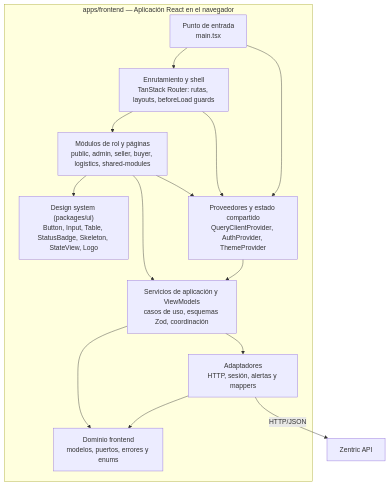
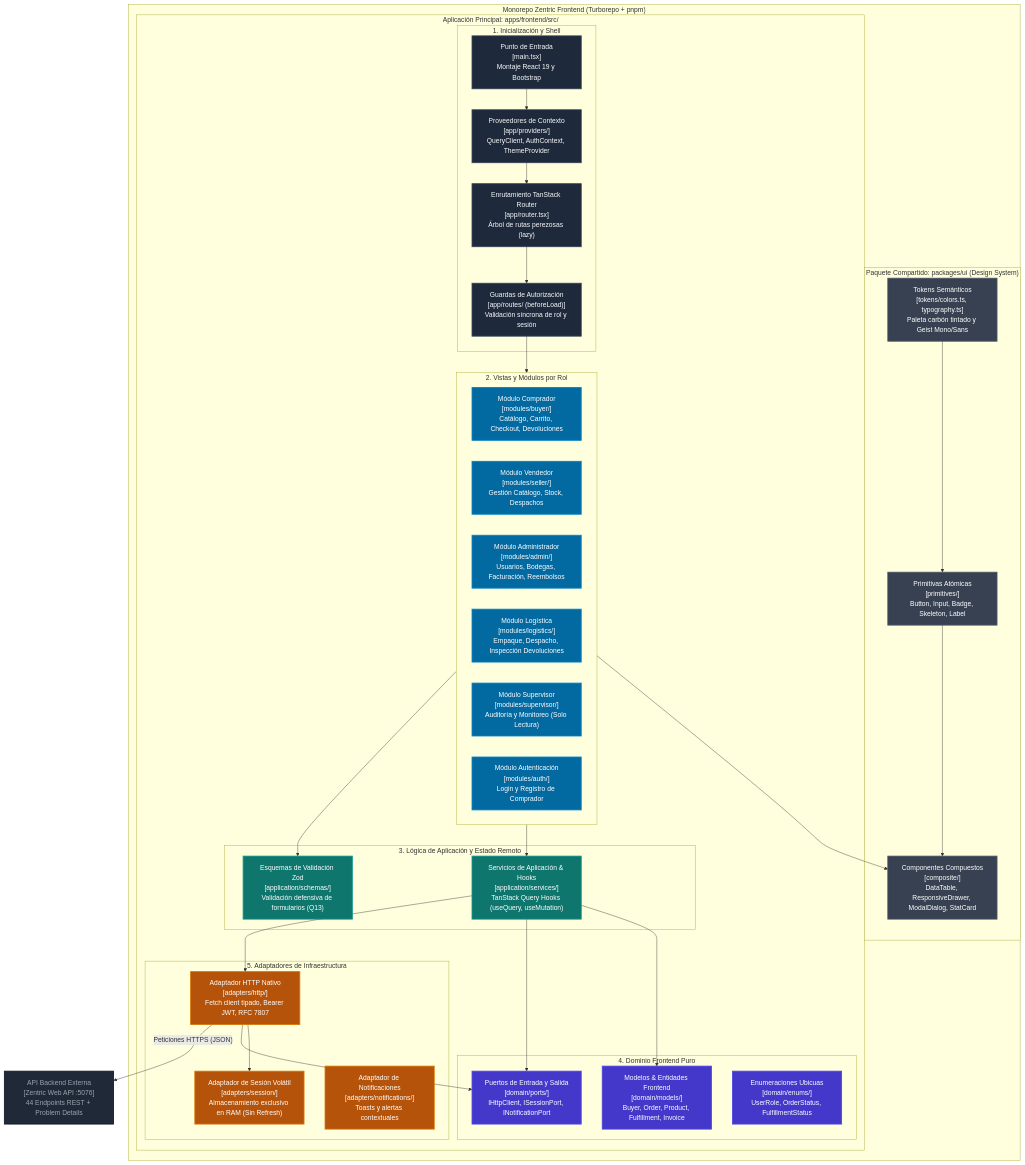
Before and after one commit to D-MachadoDev/Zentric: the first of 4 diagrams in frontendSDD/C4-3-Componentes.md, drawn with Mermaid. The commit also changed other lines of this file, not shown here.

Commit message:
docs(frontendSDD): elevate C4 Level 3 Component architecture

````diff
--- a/frontendSDD/C4-3-Componentes.md
+++ b/frontendSDD/C4-3-Componentes.md
@@ -21,26 +19,86 @@
 ```mermaid
 flowchart TB
-  subgraph app["apps/frontend — Aplicación React en el navegador"]
-    entry["Punto de entrada<br/>main.tsx"]
-    router["Enrutamiento y shell<br/>TanStack Router: rutas, layouts, beforeLoad guards"]
-    providers["Proveedores y estado compartido<br/>QueryClientProvider, AuthProvider, ThemeProvider"]
-    modules["Módulos de rol y páginas<br/>public, admin, seller, buyer, logistics, shared-modules"]
-    ui["Design system (packages/ui)<br/>Button, Input, Table, StatusBadge, Skeleton, StateView, Logo"]
-    services["Servicios de aplicación y ViewModels<br/>casos de uso, esquemas Zod, coordinación"]
-    domain["Dominio frontend<br/>modelos, puertos, errores y enums"]
-    adapters["Adaptadores<br/>HTTP, sesión, alertas y mappers"]
-    entry --> router
-    entry --> providers
-    router --> modules
-    router --> providers
-    modules --> ui
-    modules --> services
-    modules --> providers
-    providers --> services
-    services --> domain
-    services --> adapters
-    adapters --> domain
+  subgraph monorepo["Monorepo Zentric Frontend (Turborepo + pnpm)"]
+
+    subgraph pkgUI["Paquete Compartido: packages/ui (Design System)"]
+      tokens["Tokens Semánticos<br/>[tokens/colors.ts, typography.ts]<br/>Paleta carbón tintado y Geist Mono/Sans"]
+      primitives["Primitivas Atómicas<br/>[primitives/]<br/>Button, Input, Badge, Skeleton, Label"]
+      composite["Componentes Compuestos<br/>[composite/]<br/>DataTable, ResponsiveDrawer, ModalDialog, StatCard"]
+      tokens --> primitives
+      primitives --> composite
+    end
+
+    subgraph appFrontend["Aplicación Principal: apps/frontend/src/"]
+
+      subgraph entryLayer["1. Inicialización y Shell"]
+        entry["Punto de Entrada<br/>[main.tsx]<br/>Montaje React 19 y Bootstrap"]
+        router["Enrutamiento TanStack Router<br/>[app/router.tsx]<br/>Árbol de rutas perezosas (lazy)"]
+        guards["Guardas de Autorización<br/>[app/routes/ (beforeLoad)]<br/>Validación síncrona de rol y sesión"]
+        providers["Proveedores de Contexto<br/>[app/providers/]<br/>QueryClient, AuthContext, ThemeProvider"]
+        entry --> providers
+        providers --> router
+        router --> guards
+      end
+
+      subgraph modulesLayer["2. Vistas y Módulos por Rol"]
+        modBuyer["Módulo Comprador<br/>[modules/buyer/]<br/>Catálogo, Carrito, Checkout, Devoluciones"]
+        modSeller["Módulo Vendedor<br/>[modules/seller/]<br/>Gestión Catálogo, Stock, Despachos"]
+        modAdmin["Módulo Administrador<br/>[modules/admin/]<br/>Usuarios, Bodegas, Facturación, Reembolsos"]
+        modLogistics["Módulo Logística<br/>[modules/logistics/]<br/>Empaque, Despacho, Inspección Devoluciones"]
+        modSupervisor["Módulo Supervisor<br/>[modules/supervisor/]<br/>Auditoría y Monitoreo (Solo Lectura)"]
+        modAuth["Módulo Autenticación<br/>[modules/auth/]<br/>Login y Registro de Comprador"]
+      end
+
+      subgraph applicationLayer["3. Lógica de Aplicación y Estado Remoto"]
+        appServices["Servicios de Aplicación & Hooks<br/>[application/services/]<br/>TanStack Query Hooks (useQuery, useMutation)"]
+        zodSchemas["Esquemas de Validación Zod<br/>[application/schemas/]<br/>Validación defensiva de formularios (Q13)"]
+      end
+
+      subgraph domainLayer["4. Dominio Frontend Puro"]
+        domainModels["Modelos & Entidades Frontend<br/>[domain/models/]<br/>Buyer, Order, Product, Fulfillment, Invoice"]
+        domainPorts["Puertos de Entrada y Salida<br/>[domain/ports/]<br/>IHttpClient, ISessionPort, INotificationPort"]
+        domainEnums["Enumeraciones Ubicuas<br/>[domain/enums/]<br/>UserRole, OrderStatus, FulfillmentStatus"]
+      end
+
+      subgraph adaptersLayer["5. Adaptadores de Infraestructura"]
+        httpAdapter["Adaptador HTTP Nativo<br/>[adapters/http/]<br/>Fetch client tipado, Bearer JWT, RFC 7807"]
+        sessionAdapter["Adaptador de Sesión Volátil<br/>[adapters/session/]<br/>Almacenamiento exclusivo en RAM (Sin Refresh)"]
+        notificationAdapter["Adaptador de Notificaciones<br/>[adapters/notifications/]<br/>Toasts y alertas contextuales"]
+      end
+
+    end
   end
-  api["Zentric API"]
-  adapters -->|"HTTP/JSON"| api
+
+  apiBackend["API Backend Externa<br/>[Zentric Web API :5076]<br/>44 Endpoints REST + Problem Details"]
+
+  %% Conexiones entre capas
+  guards --> modulesLayer
+  modulesLayer --> composite
+  modulesLayer --> appServices
+  modulesLayer --> zodSchemas
+
+  appServices --> domainModels
+  appServices --> domainPorts
+  appServices --> httpAdapter
+
+  httpAdapter --> sessionAdapter
+  httpAdapter --> domainPorts
+  httpAdapter -->|"Peticiones HTTPS (JSON)"| apiBackend
+
+  %% Clases de estilo C4
+  classDef entryStyle fill:#1e293b,stroke:#334155,stroke-width:2px,color:#f8fafc;
+  classDef moduleStyle fill:#0369a1,stroke:#0284c7,stroke-width:2px,color:#ffffff;
+  classDef appStyle fill:#0f766e,stroke:#0d9488,stroke-width:2px,color:#ffffff;
+  classDef domainStyle fill:#4338ca,stroke:#4f46e5,stroke-width:2px,color:#ffffff;
+  classDef adapterStyle fill:#b45309,stroke:#d97706,stroke-width:2px,color:#ffffff;
+  classDef uiStyle fill:#374151,stroke:#4b5563,stroke-width:2px,color:#ffffff;
+  classDef externalStyle fill:#1f2937,stroke:#111827,stroke-width:2px,color:#9ca3af;
+
+  class entry,router,guards,providers entryStyle;
+  class modBuyer,modSeller,modAdmin,modLogistics,modSupervisor,modAuth moduleStyle;
+  class appServices,zodSchemas appStyle;
+  class domainModels,domainPorts,domainEnums domainStyle;
+  class httpAdapter,sessionAdapter,notificationAdapter adapterStyle;
+  class tokens,primitives,composite uiStyle;
+  class apiBackend externalStyle;
 ```
````
